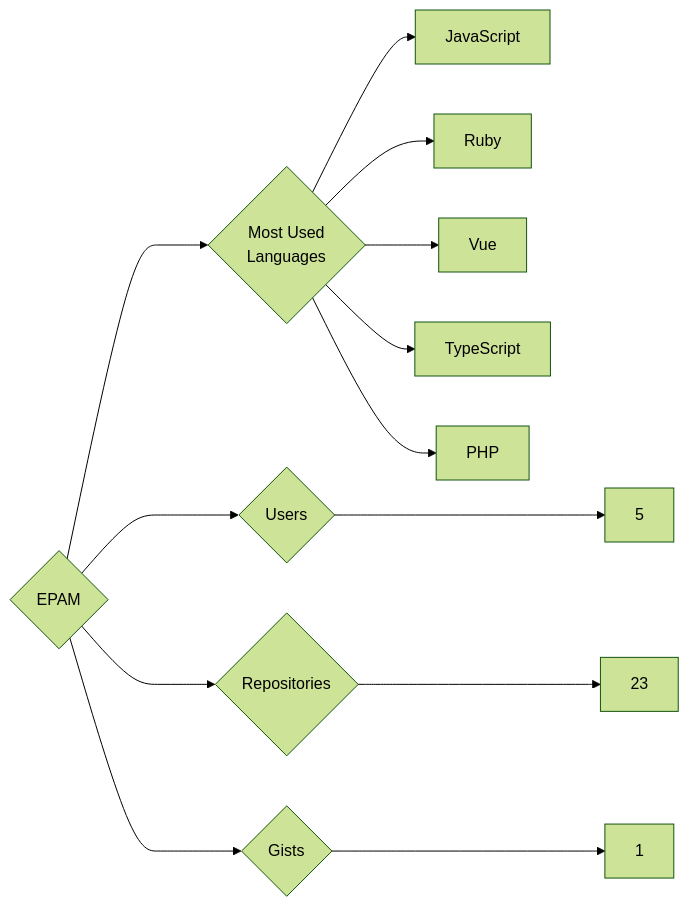
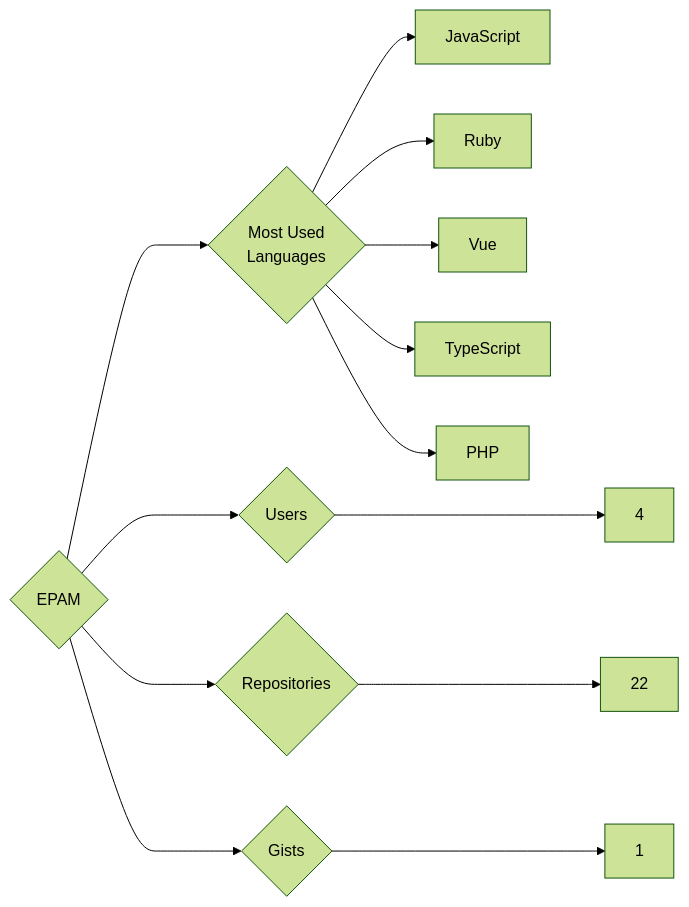
One commit to trickest/insiders changed the diagram in targets/EPAM/README.md. Above: the diagram before and after it, drawn with Mermaid (forest theme). The commit also changed 1023 other files, not shown here.

````diff
--- a/targets/EPAM/README.md
+++ b/targets/EPAM/README.md
@@ -3,13 +3,13 @@
 ```mermaid
 graph LR
 COMPANY_NAME{EPAM}
-COMPANY_NAME ---> U{Users} ---> UN[5]
-COMPANY_NAME ---> R{Repositories} ---> RN[23]
+COMPANY_NAME ---> U{Users} ---> UN[4]
+COMPANY_NAME ---> R{Repositories} ---> RN[22]
 COMPANY_NAME ---> G{Gists} ---> GN[1]
 COMPANY_NAME ---> ML{Most Used<br>Languages}
 ML --> JavaScript[JavaScript]
 ML --> Ruby[Ruby]
 ML --> Vue[Vue]
 ML --> TypeScript[TypeScript]
 ML --> PHP[PHP]
 ```
````
